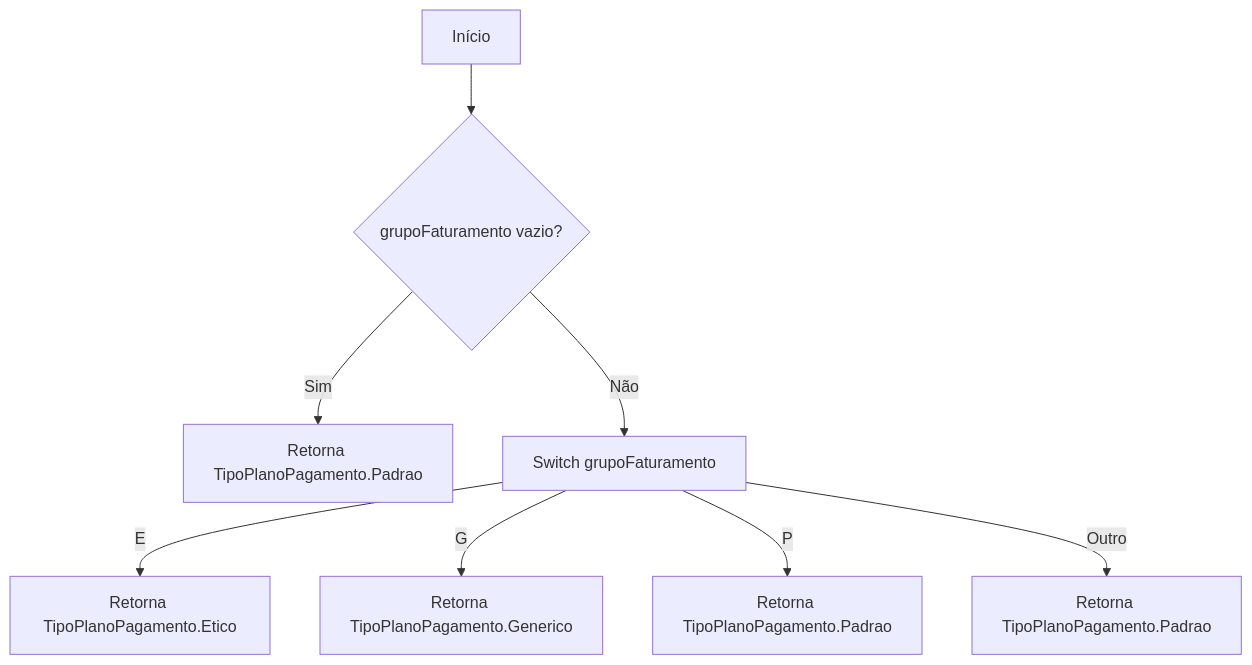
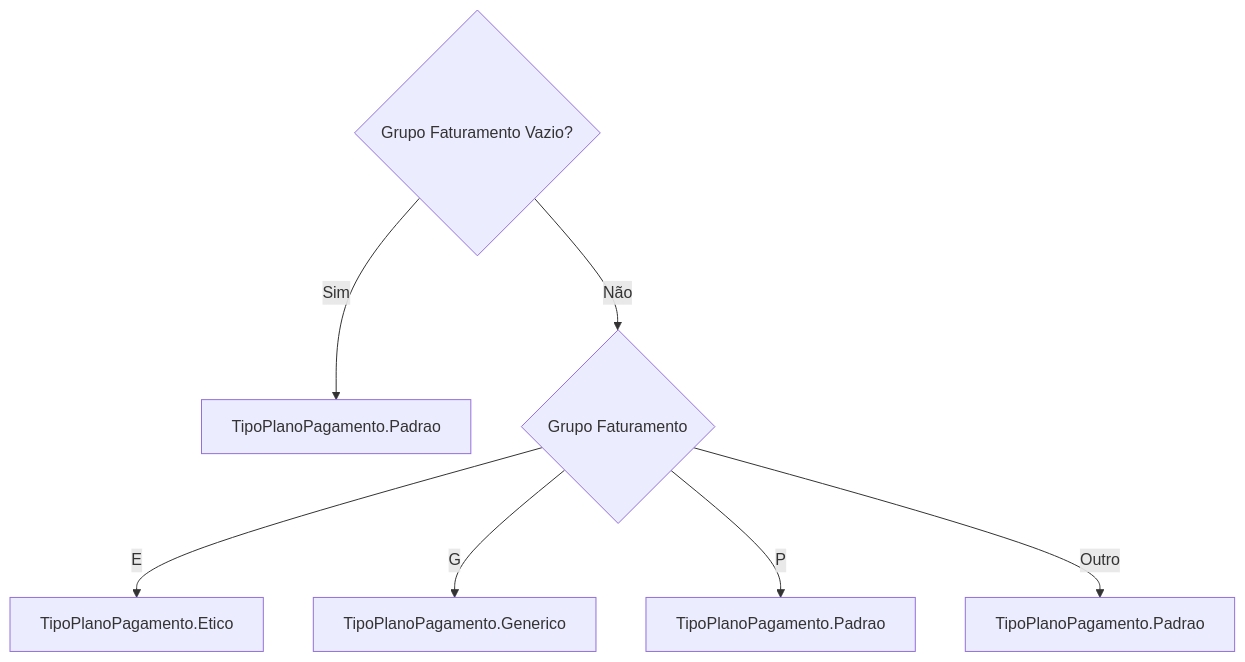
One commit to IsthmusSistemas/documentacao-tecnica changed the first of 2 diagrams in docs/b2b-dominio/IsthmusWinthor.Nucleo/IsthmusWinthor.Dominio/Entidades/PlanoPagamento.md. Above: the diagram before and after it, drawn with Mermaid. The commit also changed other lines of this file and 882 other files, not shown here.

````diff
--- a/docs/b2b-dominio/IsthmusWinthor.Nucleo/IsthmusWinthor.Dominio/Entidades/PlanoPagamento.md
+++ b/docs/b2b-dominio/IsthmusWinthor.Nucleo/IsthmusWinthor.Dominio/Entidades/PlanoPagamento.md
@@ -19,10 +18,9 @@
 ```mermaid
 flowchart TD
-    A[Início] --> B{grupoFaturamento vazio?}
-    B -->|Sim| C[Retorna TipoPlanoPagamento.Padrao]
-    B -->|Não| D[Switch grupoFaturamento]
-    D -->|E| E[Retorna TipoPlanoPagamento.Etico]
-    D -->|G| F[Retorna TipoPlanoPagamento.Generico]
-    D -->|P| G[Retorna TipoPlanoPagamento.Padrao]
-    D -->|Outro| H[Retorna TipoPlanoPagamento.Padrao]
+    A{Grupo Faturamento Vazio?} -->|Sim| B[TipoPlanoPagamento.Padrao]
+    A -->|Não| C{Grupo Faturamento}
+    C -- "E" --> D[TipoPlanoPagamento.Etico]
+    C -- "G" --> E[TipoPlanoPagamento.Generico]
+    C -- "P" --> F[TipoPlanoPagamento.Padrao]
+    C -->|Outro| G[TipoPlanoPagamento.Padrao]
 ```
````
